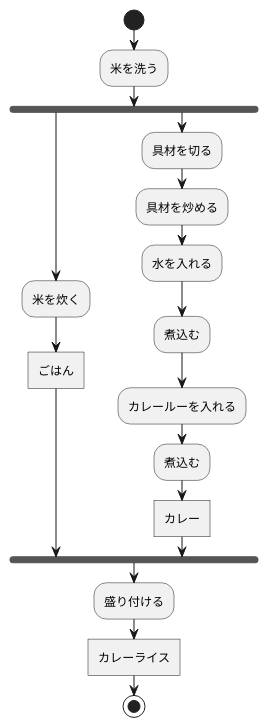
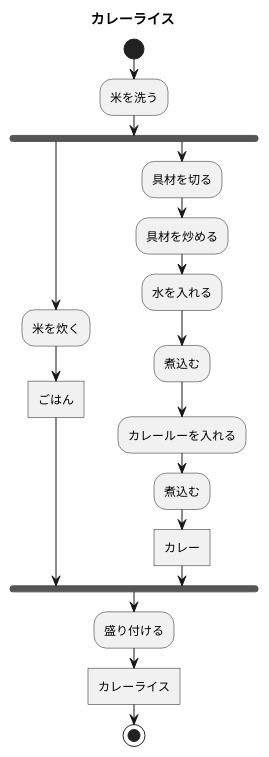
The diagram in sample7/7章練習_ACカレーライス.pu (nagayamasaki/umi-intro), drawn with PlantUML before and after one commit.

Commit message:
カレーライス

```diff
--- a/sample7/7章練習_ACカレーライス.pu
+++ b/sample7/7章練習_ACカレーライス.pu
@@ -1,20 +1,20 @@
 @startuml  7章練習_ACカレーライス
-
+title カレーライス
 start
 :米を洗う;
 fork
 :米を炊く;
 :ごはん]
 fork again
 :具材を切る;
 :具材を炒める;
 :水を入れる;
 :煮込む;
 :カレールーを入れる;
 :煮込む;
 :カレー]
 end fork
 :盛り付ける;
 :カレーライス]
 stop
 @enduml
```
